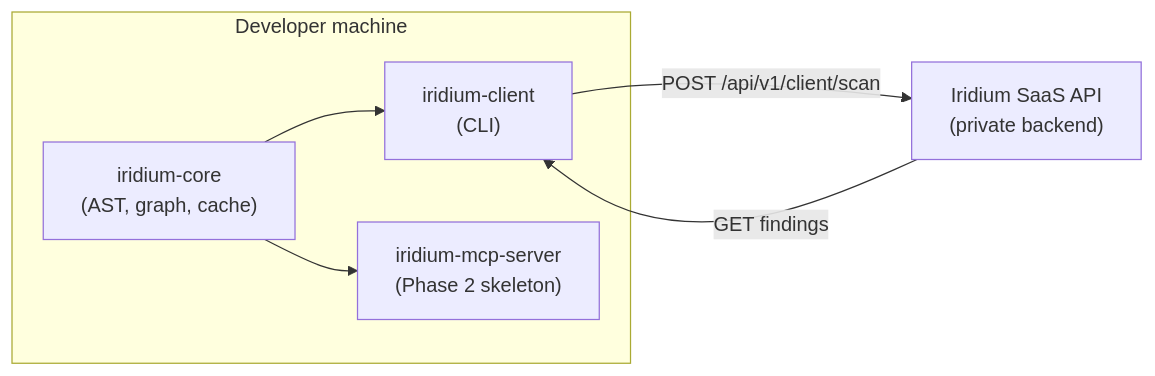
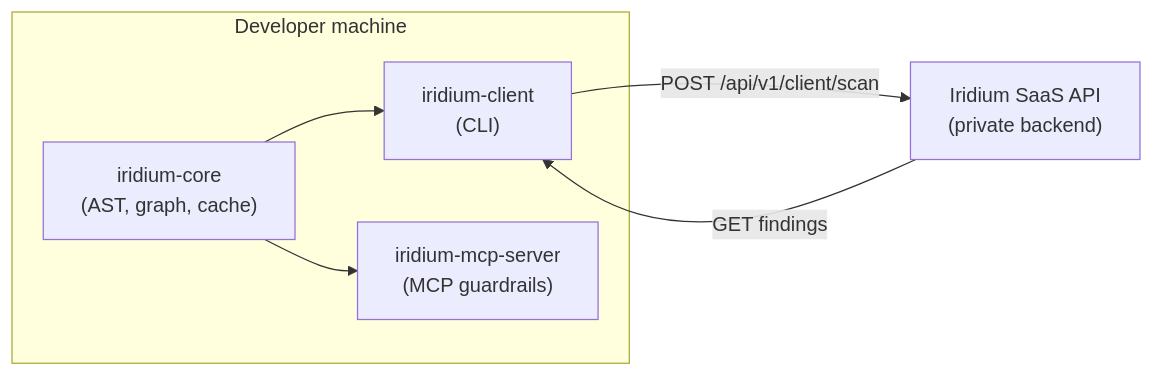
One commit to mziqudhd92/Iridium changed the diagram in README.md. Above: the diagram before and after it, drawn with Mermaid. The commit also changed other lines of this file and 23 other files, not shown here.

First line of the commit message:
feat: Phase 2 MCP guardrails, sync query client, and graph fixes

````diff
--- a/README.md
+++ b/README.md
@@ -13,12 +13,12 @@
 ```mermaid
 flowchart LR
   subgraph local["Developer machine"]
     core["iridium-core\n(AST, graph, cache)"]
     client["iridium-client\n(CLI)"]
-    mcp["iridium-mcp-server\n(Phase 2 skeleton)"]
+    mcp["iridium-mcp-server\n(MCP guardrails)"]
     core --> client
     core --> mcp
   end
   client -->|"POST /api/v1/client/scan"| api["Iridium SaaS API\n(private backend)"]
   api -->|"GET findings"| client
 ```
````
